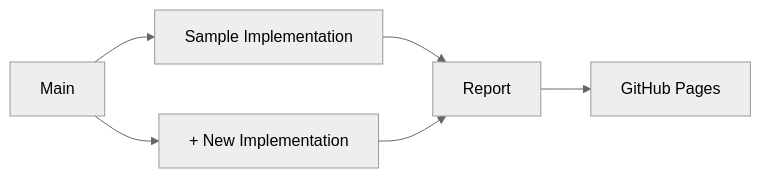
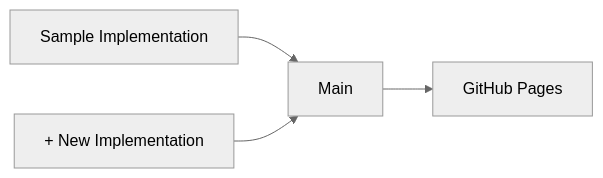
The diagram in README.md (transmute-industries/vc-jwt-test-suite), drawn with Mermaid (neutral theme) before and after one commit.

Commit message:
:rainbow::rocket:

````diff
--- a/README.md
+++ b/README.md
@@ -13,11 +13,9 @@
 ```mermaid
 graph LR
-  Pages["GitHub Pages"]
   Sample["Sample Implementation"]
   NewImp["+ New Implementation"]
-	Main --> Sample
-  Main --> NewImp
-  Sample --> Report
-  NewImp  --> Report
-  Report --> Pages
+  Pages["GitHub Pages"]
+  Sample --> Main
+  NewImp  --> Main
+  Main --> Pages
 ```
````
